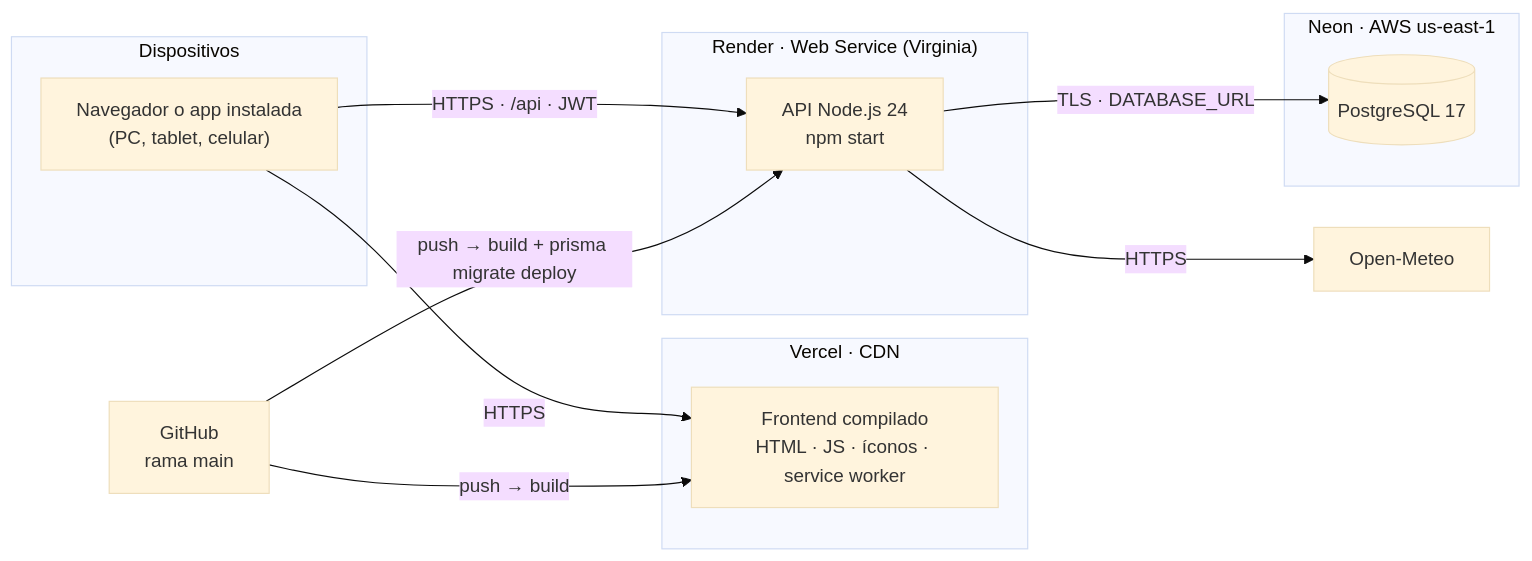
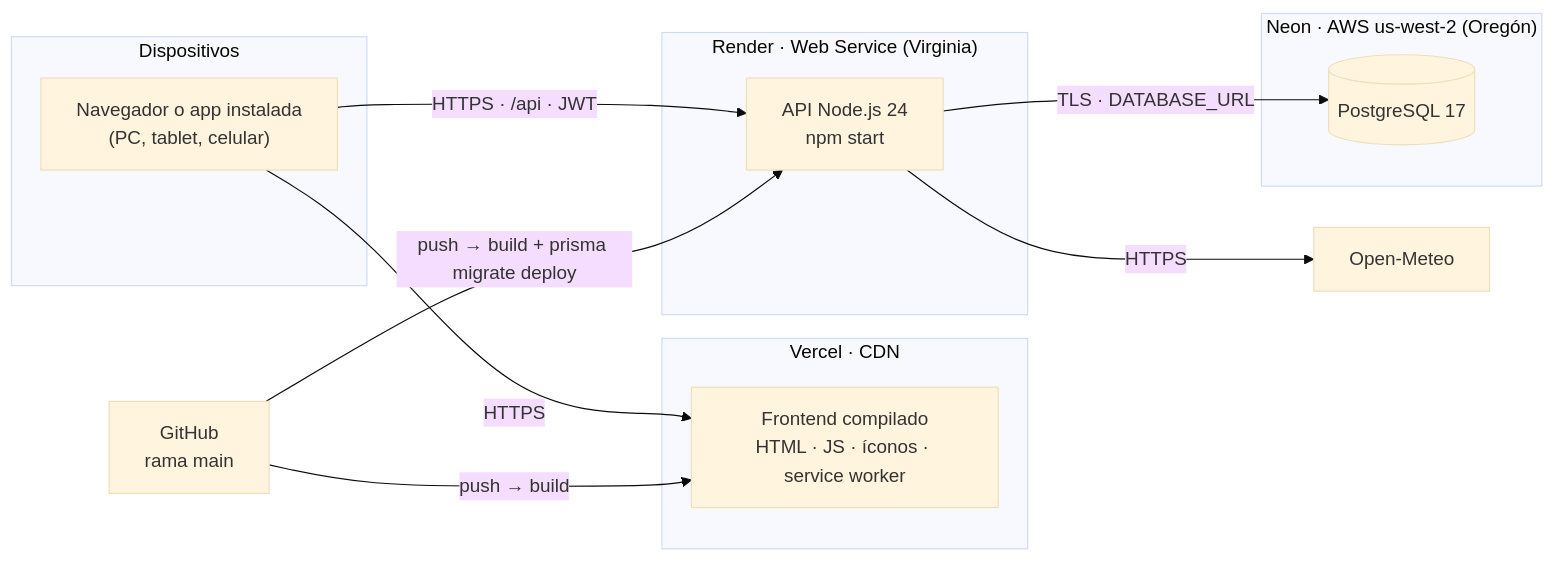
The fifth of 5 diagrams in docs/entrega2/15-arquitectura-y-herramientas.md (mateogit114730/ganadotrack), drawn with Mermaid (base theme) before and after one commit. The commit also changed other lines of this file, not shown here.

````diff
--- a/docs/entrega2/15-arquitectura-y-herramientas.md
+++ b/docs/entrega2/15-arquitectura-y-herramientas.md
@@ -336,24 +336,24 @@
 ```mermaid
 flowchart LR
   subgraph Usuario["Dispositivos"]
     NAV["Navegador o app instalada<br/>(PC, tablet, celular)"]
   end
   subgraph Vercel["Vercel · CDN"]
     SPA["Frontend compilado<br/>HTML · JS · íconos · service worker"]
   end
   subgraph Render["Render · Web Service (Virginia)"]
     API["API Node.js 24<br/>npm start"]
   end
-  subgraph Neon["Neon · AWS us-east-1"]
+  subgraph Neon["Neon · AWS us-west-2 (Oregón)"]
     PG[("PostgreSQL 17")]
   end
   GH["GitHub<br/>rama main"]
   OM["Open-Meteo"]
 
   NAV -->|HTTPS| SPA
   NAV -->|"HTTPS · /api · JWT"| API
   API -->|"TLS · DATABASE_URL"| PG
   API -->|HTTPS| OM
   GH -->|"push → build"| SPA
   GH -->|"push → build + prisma migrate deploy"| API
 ```
````
